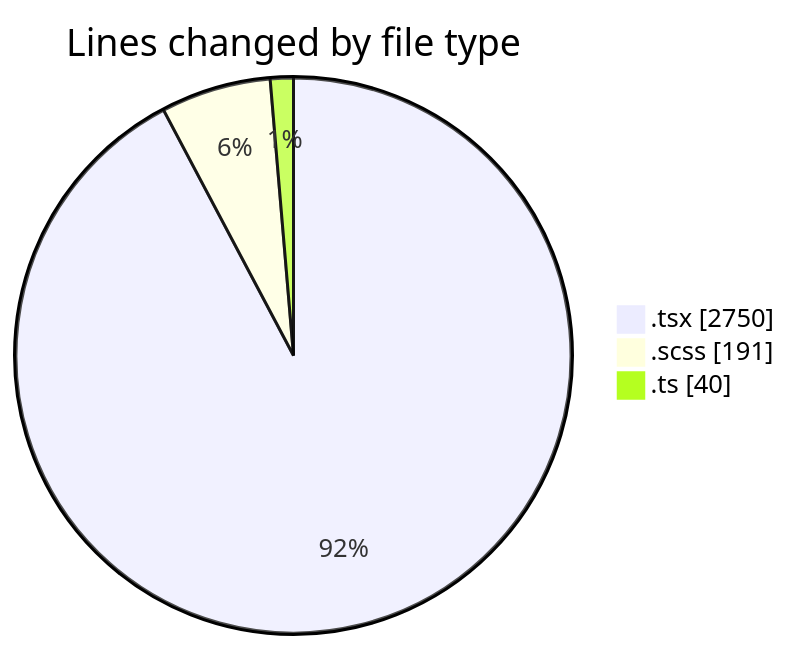
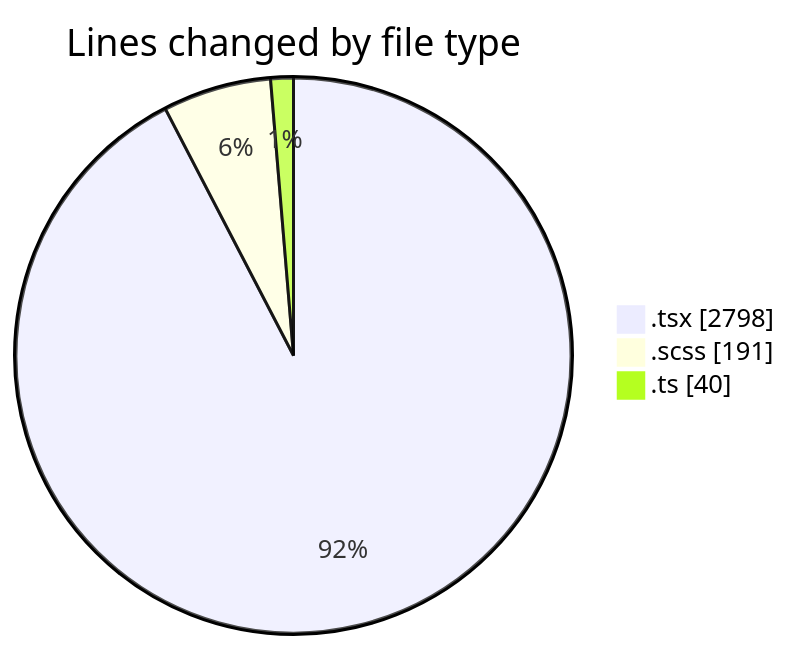
The first of 2 diagrams in 2025-04-04/cda/README.md (momahboobian/code-tracking), drawn with Mermaid before and after one commit. The commit also changed other lines of this file and 1 other file, not shown here.

````diff
--- a/2025-04-04/cda/README.md
+++ b/2025-04-04/cda/README.md
@@ -32,7 +32,7 @@
 ```mermaid
 pie showData
 title Lines changed by file type
-".tsx" : 2750
+".tsx" : 2798
 ".scss" : 191
 ".ts" : 40
 ```
````
